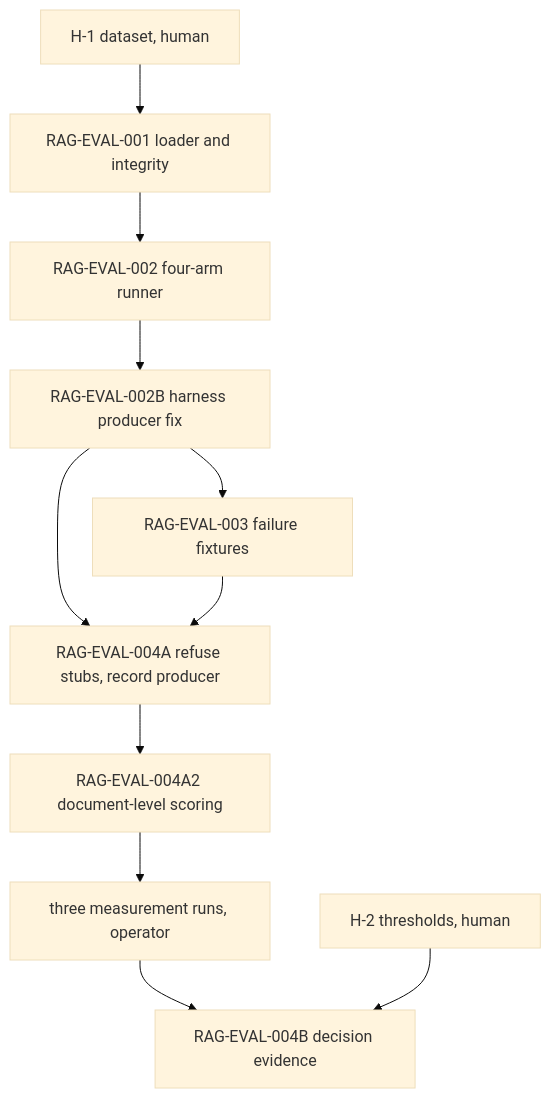
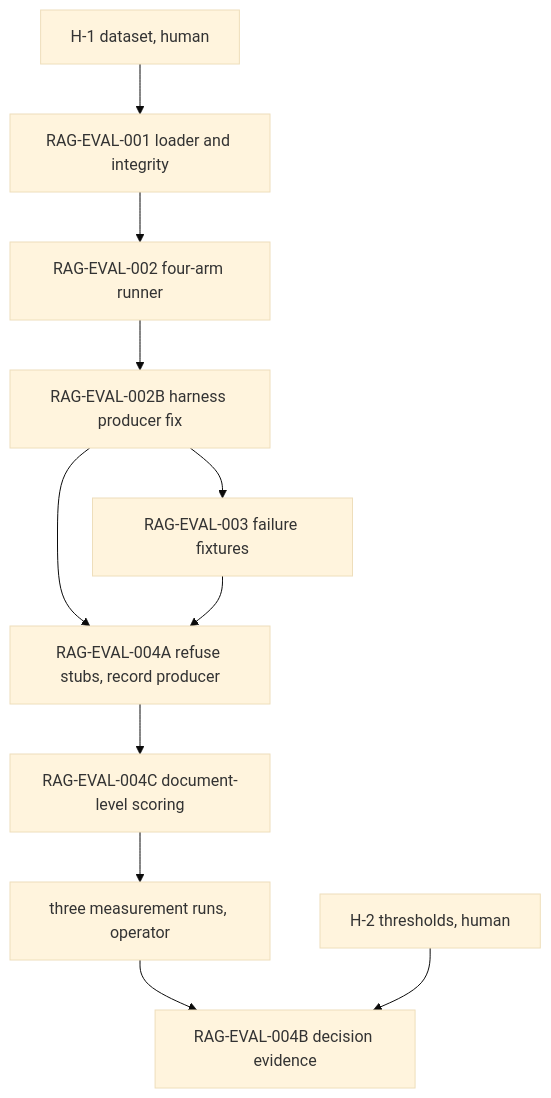
Before and after one commit to imhttran/agentic-sop: the diagram in docs/plans/PLAN-SOP-RAG-Evaluation.md, drawn with Mermaid (base theme). The commit also changed other lines of this file, not shown here.

Commit message:
docs: rename RAG-EVAL-004A2 to RAG-EVAL-004C (parser-compatible ID)

````diff
--- a/docs/plans/PLAN-SOP-RAG-Evaluation.md
+++ b/docs/plans/PLAN-SOP-RAG-Evaluation.md
@@ -441,22 +441,22 @@
 ```mermaid
 graph TD
     H1[H-1 dataset, human]
     H2[H-2 thresholds, human]
     E1[RAG-EVAL-001 loader and integrity]
     E2[RAG-EVAL-002 four-arm runner]
     E2B[RAG-EVAL-002B harness producer fix]
     E3[RAG-EVAL-003 failure fixtures]
     E4A[RAG-EVAL-004A refuse stubs, record producer]
     R[three measurement runs, operator]
     E4B[RAG-EVAL-004B decision evidence]
     H1 --> E1
     E1 --> E2
     E2 --> E2B
     E2B --> E3
     E2B --> E4A
     E3 --> E4A
-    E4A --> E4A2[RAG-EVAL-004A2 document-level scoring]
-    E4A2 --> R
+    E4A --> E4C[RAG-EVAL-004C document-level scoring]
+    E4C --> R
     R --> E4B
     H2 --> E4B
 ```
````
